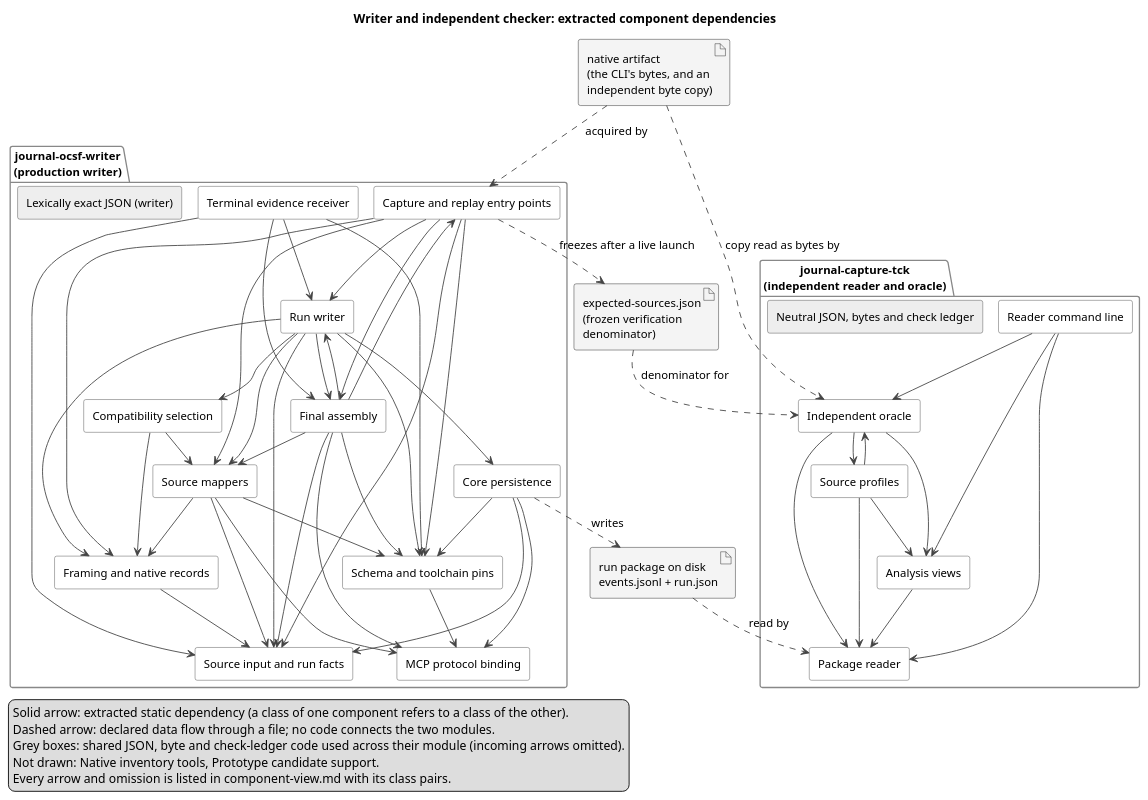
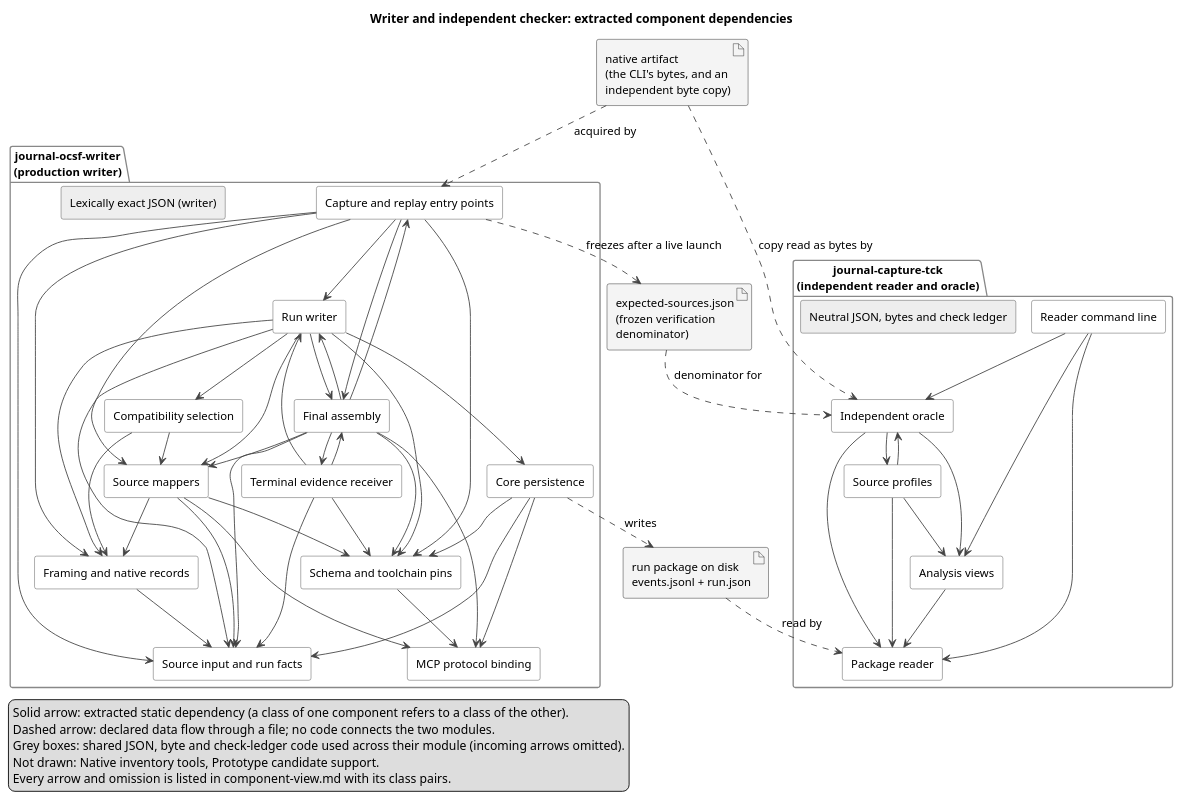
Before and after one commit to markpollack/agent-journal: the diagram in docs/architecture/generated/component-view.puml, drawn with PlantUML. The commit also changed 217 other files, not shown here.

```diff
--- a/docs/architecture/generated/component-view.puml
+++ b/docs/architecture/generated/component-view.puml
@@ -1,102 +1,103 @@
 @startuml
 ' GENERATED by ComponentViewTest from compiled classes (ArchUnit 1.5.0); do not edit. Regenerate with scripts/architecture-docs.sh.
 !pragma layout smetana
 skinparam shadowing false
 skinparam defaultFontName Helvetica
 skinparam defaultFontSize 13
 skinparam componentStyle rectangle
 skinparam ArrowColor #444444
 skinparam ComponentBorderColor #444444
 skinparam ComponentBackgroundColor #FFFFFF
 skinparam ArtifactBackgroundColor #F4F4F4
 skinparam PackageBorderColor #888888
 title Writer and independent checker: extracted component dependencies
 
 artifact "native artifact\n(the CLI's bytes, and an\nindependent byte copy)" as native
 package "journal-ocsf-writer\n(production writer)" {
   [Capture and replay entry points] as capture
   [Terminal evidence receiver] as terminal_receiver
   [Run writer] as run_writer
   [Source input and run facts] as run_input
   [Framing and native records] as framing
   [Compatibility selection] as compatibility
   [Source mappers] as mapping
   [Final assembly] as final_assembly
   [MCP protocol binding] as mcp_binding
   [Core persistence] as persistence
   [Schema and toolchain pins] as schema
   [Lexically exact JSON (writer)] as json_writer #EEEEEE
 }
 package "journal-capture-tck\n(independent reader and oracle)" {
   [Package reader] as reader
   [Independent oracle] as oracle
   [Source profiles] as profiles
   [Analysis views] as views
   [Reader command line] as reader_tool
   [Neutral JSON, bytes and check ledger] as neutral #EEEEEE
 }
 artifact "run package on disk\nevents.jsonl + run.json" as package
 artifact "expected-sources.json\n(frozen verification\ndenominator)" as expected
 
 ' extracted: a class of the source component refers to a class of the target component
 capture --> run_writer
 capture --> run_input
 capture --> framing
 capture --> mapping
 capture --> final_assembly
 capture --> schema
 terminal_receiver --> run_writer
 terminal_receiver --> run_input
 terminal_receiver --> final_assembly
 terminal_receiver --> schema
 run_writer --> run_input
 run_writer --> framing
 run_writer --> compatibility
 run_writer --> mapping
 run_writer --> final_assembly
 run_writer --> persistence
 run_writer --> schema
 framing --> run_input
 compatibility --> framing
 compatibility --> mapping
 mapping --> run_input
 mapping --> framing
 mapping --> mcp_binding
 mapping --> schema
 final_assembly --> capture
+final_assembly --> terminal_receiver
 final_assembly --> run_writer
 final_assembly --> run_input
 final_assembly --> mapping
 final_assembly --> mcp_binding
 final_assembly --> schema
 persistence --> run_input
 persistence --> mcp_binding
 persistence --> schema
 schema --> mcp_binding
 oracle --> reader
 oracle --> profiles
 oracle --> views
 profiles --> reader
 profiles --> oracle
 profiles --> views
 views --> reader
 reader_tool --> reader
 reader_tool --> oracle
 reader_tool --> views
 
 ' declared data flows through files (not bytecode dependencies)
 native ..> capture : acquired by
 persistence ..> package : writes
 package ..> reader : read by
 native ..> oracle : copy read as bytes by
 capture ..> expected : freezes after a live launch
 expected ..> oracle : denominator for
 
 legend bottom left
   Solid arrow: extracted static dependency (a class of one component refers to a class of the other).
   Dashed arrow: declared data flow through a file; no code connects the two modules.
   Grey boxes: shared JSON, byte and check-ledger code used across their module (incoming arrows omitted).
   Not drawn: Native inventory tools, Prototype candidate support.
   Every arrow and omission is listed in component-view.md with its class pairs.
 endlegend
 @enduml
```
